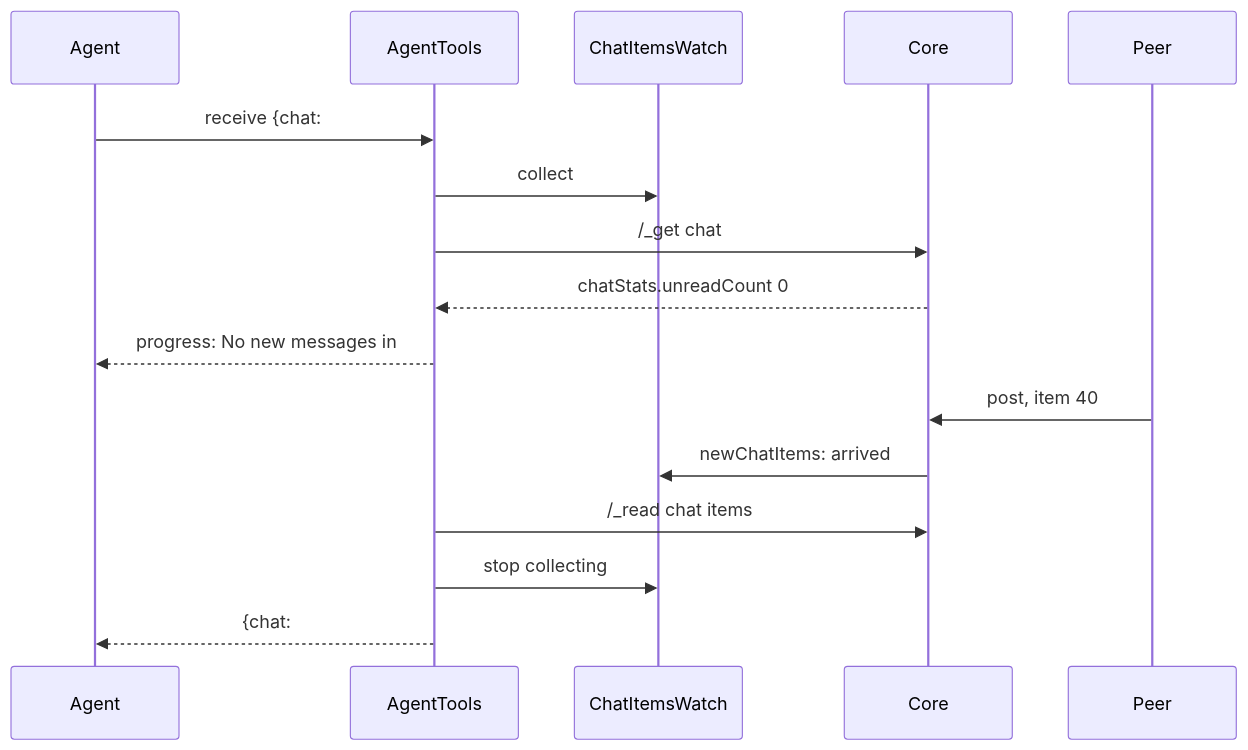
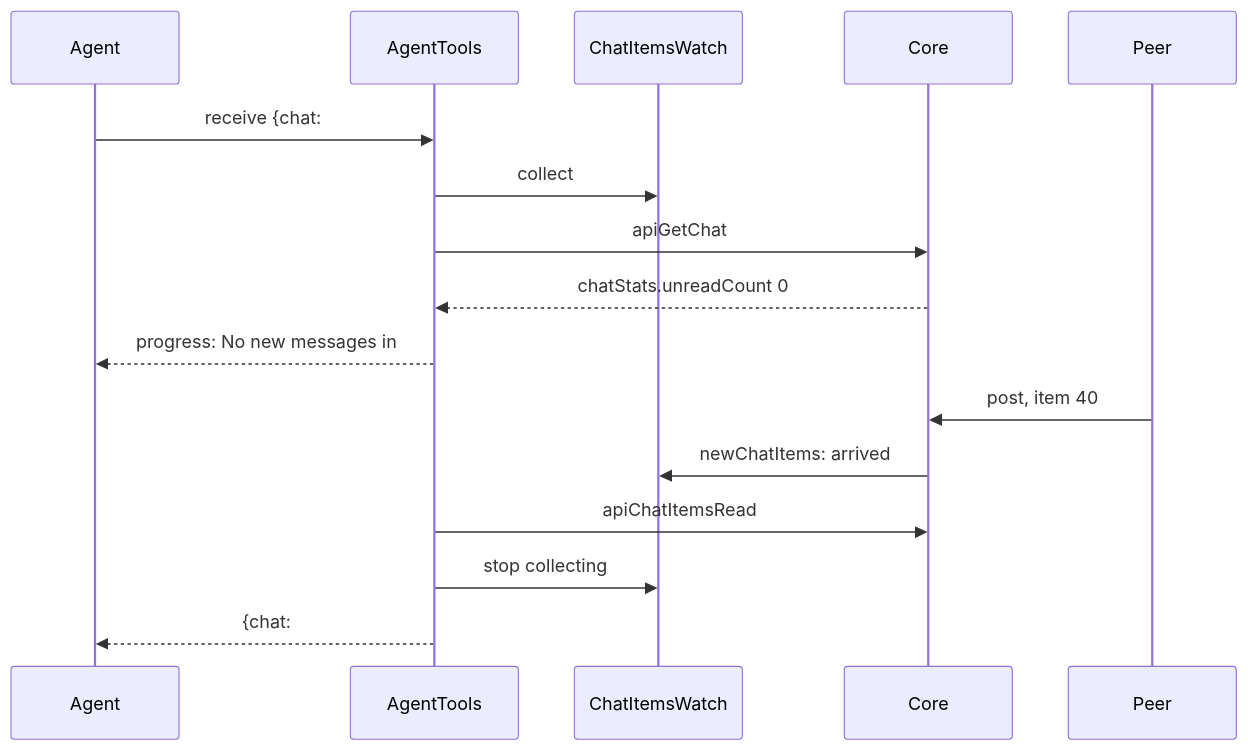
One commit to simplex-chat/simplex-chat changed the fifth of 16 diagrams in packages/simplex-chat-mcp/spec/flows.md. Above: the diagram before and after it, drawn with Mermaid. The commit also changed other lines of this file and 34 other files, not shown here.

````diff
--- a/packages/simplex-chat-mcp/spec/flows.md
+++ b/packages/simplex-chat-mcp/spec/flows.md
@@ -248,18 +257,18 @@
 ```mermaid
 sequenceDiagram
   participant A as Agent
   participant T as AgentTools
   participant W as ChatItemsWatch
   participant C as Core
   participant D as Peer
   A->>T: receive {chat: #12, wait: 3600, limit: 50}
   T->>W: collect #12 into arrived
-  T->>C: /_get chat #12 initial=1
+  T->>C: apiGetChat #12 initial 1
   C-->>T: chatStats.unreadCount 0
   T-->>A: progress: No new messages in #12, waiting until TIME.
   D->>C: post, item 40
   C->>W: newChatItems: arrived
-  T->>C: /_read chat items #12 40
+  T->>C: apiChatItemsRead #12 [40]
   T->>W: stop collecting
   T-->>A: {chat: #12, messages: [40], more: 0}
 ```
````
